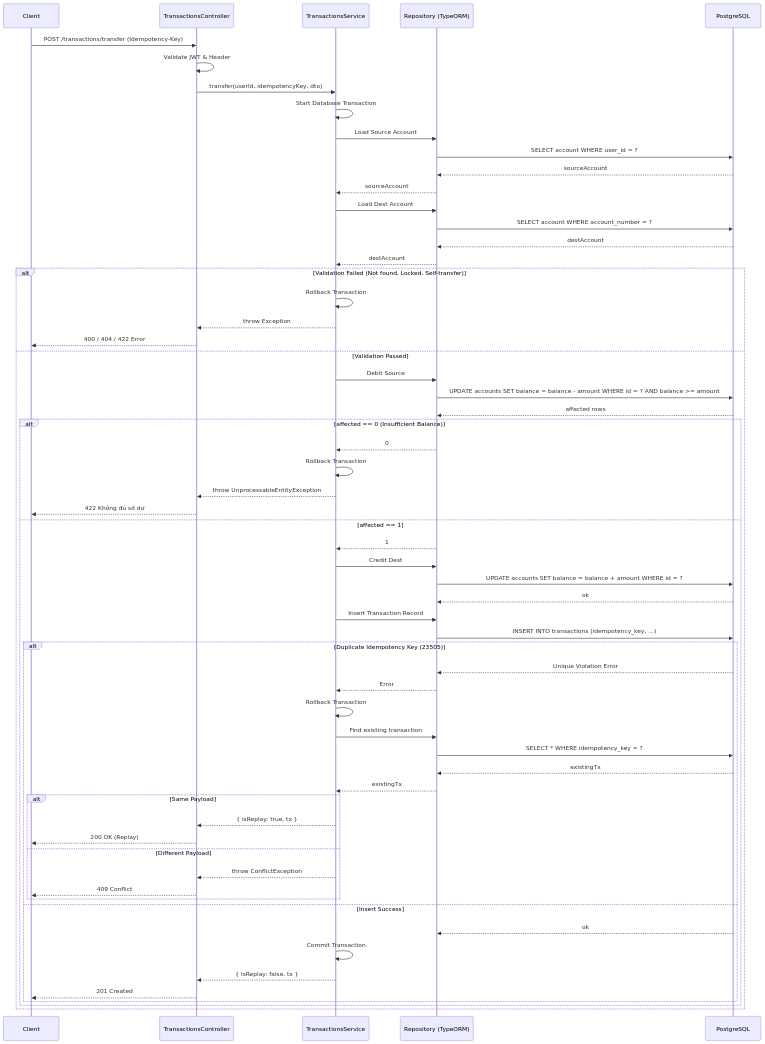
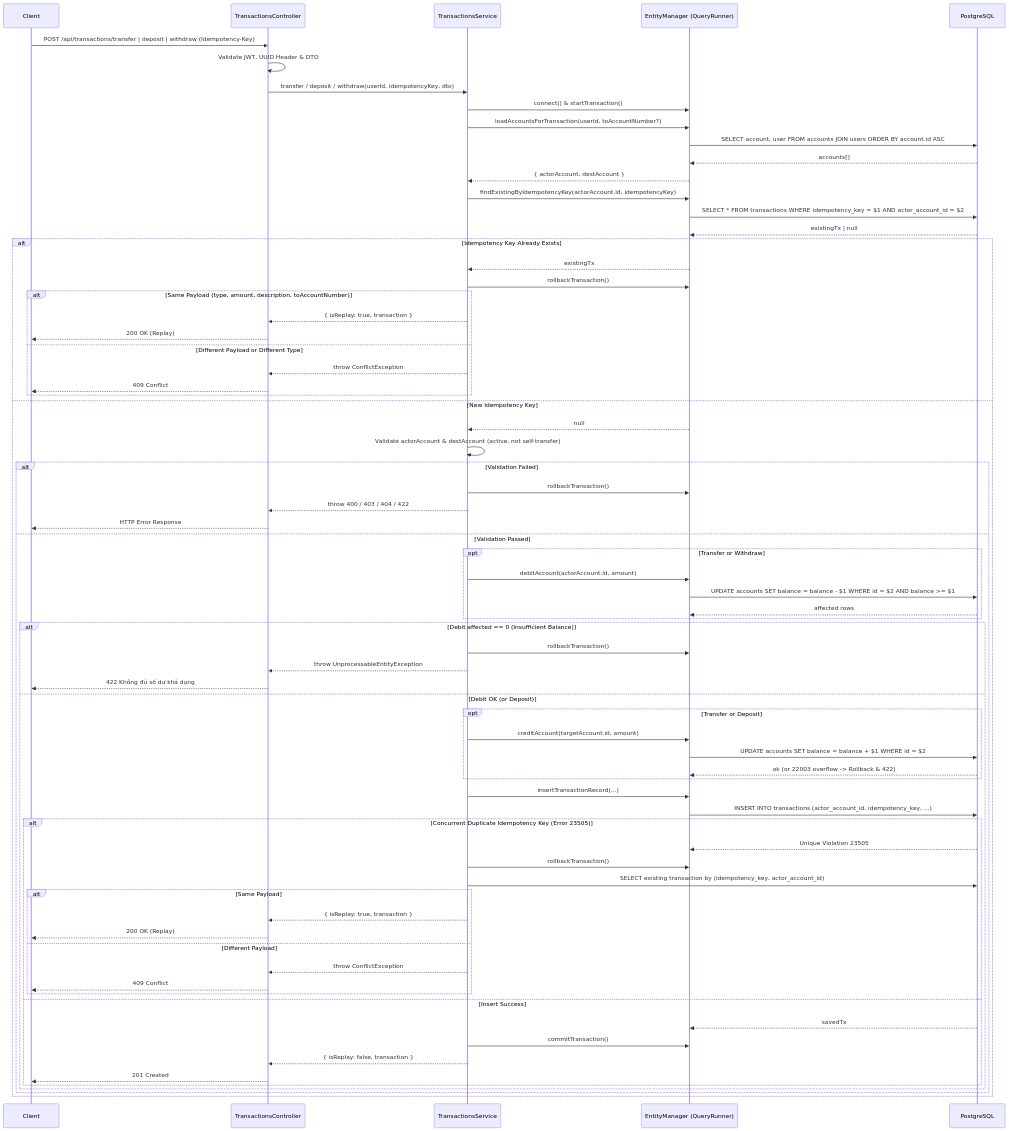
The second of 2 diagrams in docs/sequence_diagrams.md (megapig5000/Banking-app), drawn with Mermaid before and after one commit. The commit also changed other lines of this file and 49 other files, not shown here.

```diff
--- a/docs/sequence_diagrams.md
+++ b/docs/sequence_diagrams.md
@@ -45,68 +50,80 @@
     participant Client
     participant Controller as TransactionsController
     participant Service as TransactionsService
-    participant Repo as Repository (TypeORM)
+    participant Manager as EntityManager (QueryRunner)
     participant DB as PostgreSQL
 
-    Client->>Controller: POST /transactions/transfer (Idempotency-Key)
-    Controller->>Controller: Validate JWT & Header
-    Controller->>Service: transfer(userId, idempotencyKey, dto)
-    
-    Service->>Service: Start Database Transaction
-    
-    Service->>Repo: Load Source Account
-    Repo->>DB: SELECT account WHERE user_id = ?
-    DB-->>Repo: sourceAccount
-    Repo-->>Service: sourceAccount
+    Client->>Controller: POST /api/transactions/transfer | deposit | withdraw (Idempotency-Key)
+    Controller->>Controller: Validate JWT, UUID Header & DTO
+    Controller->>Service: transfer / deposit / withdraw(userId, idempotencyKey, dto)
 
-    Service->>Repo: Load Dest Account
-    Repo->>DB: SELECT account WHERE account_number = ?
-    DB-->>Repo: destAccount
-    Repo-->>Service: destAccount
+    Service->>Manager: connect() & startTransaction()
 
-    alt Validation Failed (Not found, Locked, Self-transfer)
-        Service->>Service: Rollback Transaction
-        Service-->>Controller: throw Exception
-        Controller-->>Client: 400 / 404 / 422 Error
-    else Validation Passed
-        Service->>Repo: Debit Source
-        Repo->>DB: UPDATE accounts SET balance = balance - amount WHERE id = ? AND balance >= amount
-        DB-->>Repo: affected rows
-        
-        alt affected == 0 (Insufficient Balance)
-            Repo-->>Service: 0
-            Service->>Service: Rollback Transaction
-            Service-->>Controller: throw UnprocessableEntityException
-            Controller-->>Client: 422 Không đủ số dư
-        else affected == 1
-            Repo-->>Service: 1
-            Service->>Repo: Credit Dest
-            Repo->>DB: UPDATE accounts SET balance = balance + amount WHERE id = ?
-            DB-->>Repo: ok
-            
-            Service->>Repo: Insert Transaction Record
-            Repo->>DB: INSERT INTO transactions (idempotency_key, ...)
-            
-            alt Duplicate Idempotency Key (23505)
-                DB-->>Repo: Unique Violation Error
-                Repo-->>Service: Error
-                Service->>Service: Rollback Transaction
-                Service->>Repo: Find existing transaction
-                Repo->>DB: SELECT * WHERE idempotency_key = ?
-                DB-->>Repo: existingTx
-                Repo-->>Service: existingTx
-                alt Same Payload
-                    Service-->>Controller: { isReplay: true, tx }
-                    Controller-->>Client: 200 OK (Replay)
-                else Different Payload
-                    Service-->>Controller: throw ConflictException
-                    Controller-->>Client: 409 Conflict
+    Service->>Manager: loadAccountsForTransaction(userId, toAccountNumber?)
+    Manager->>DB: SELECT account, user FROM accounts JOIN users ORDER BY account.id ASC
+    DB-->>Manager: accounts[]
+    Manager-->>Service: { actorAccount, destAccount }
+
+    Service->>Manager: findExistingByIdempotencyKey(actorAccount.id, idempotencyKey)
+    Manager->>DB: SELECT * FROM transactions WHERE idempotency_key = $1 AND actor_account_id = $2
+    DB-->>Manager: existingTx | null
+
+    alt Idempotency Key Already Exists
+        Manager-->>Service: existingTx
+        Service->>Manager: rollbackTransaction()
+        alt Same Payload (type, amount, description, toAccountNumber)
+            Service-->>Controller: { isReplay: true, transaction }
+            Controller-->>Client: 200 OK (Replay)
+        else Different Payload or Different Type
+            Service-->>Controller: throw ConflictException
+            Controller-->>Client: 409 Conflict
+        end
+    else New Idempotency Key
+        Manager-->>Service: null
+        Service->>Service: Validate actorAccount & destAccount (active, not self-transfer)
+
+        alt Validation Failed
+            Service->>Manager: rollbackTransaction()
+            Service-->>Controller: throw 400 / 403 / 404 / 422
+            Controller-->>Client: HTTP Error Response
+        else Validation Passed
+            opt Transfer or Withdraw
+                Service->>Manager: debitAccount(actorAccount.id, amount)
+                Manager->>DB: UPDATE accounts SET balance = balance - $1 WHERE id = $2 AND balance >= $1
+                DB-->>Manager: affected rows
+            end
+
+            alt Debit affected == 0 (Insufficient Balance)
+                Service->>Manager: rollbackTransaction()
+                Service-->>Controller: throw UnprocessableEntityException
+                Controller-->>Client: 422 Không đủ số dư khả dụng
+            else Debit OK (or Deposit)
+                opt Transfer or Deposit
+                    Service->>Manager: creditAccount(targetAccount.id, amount)
+                    Manager->>DB: UPDATE accounts SET balance = balance + $1 WHERE id = $2
+                    DB-->>Manager: ok (or 22003 overflow -> Rollback & 422)
                 end
-            else Insert Success
-                DB-->>Repo: ok
-                Service->>Service: Commit Transaction
-                Service-->>Controller: { isReplay: false, tx }
-                Controller-->>Client: 201 Created
+
+                Service->>Manager: insertTransactionRecord(...)
+                Manager->>DB: INSERT INTO transactions (actor_account_id, idempotency_key, ...)
+
+                alt Concurrent Duplicate Idempotency Key (Error 23505)
+                    DB-->>Manager: Unique Violation 23505
+                    Service->>Manager: rollbackTransaction()
+                    Service->>DB: SELECT existing transaction by (idempotency_key, actor_account_id)
+                    alt Same Payload
+                        Service-->>Controller: { isReplay: true, transaction }
+                        Controller-->>Client: 200 OK (Replay)
+                    else Different Payload
+                        Service-->>Controller: throw ConflictException
+                        Controller-->>Client: 409 Conflict
+                    end
+                else Insert Success
+                    DB-->>Manager: savedTx
+                    Service->>Manager: commitTransaction()
+                    Service-->>Controller: { isReplay: false, transaction }
+                    Controller-->>Client: 201 Created
+                end
             end
         end
     end
```
